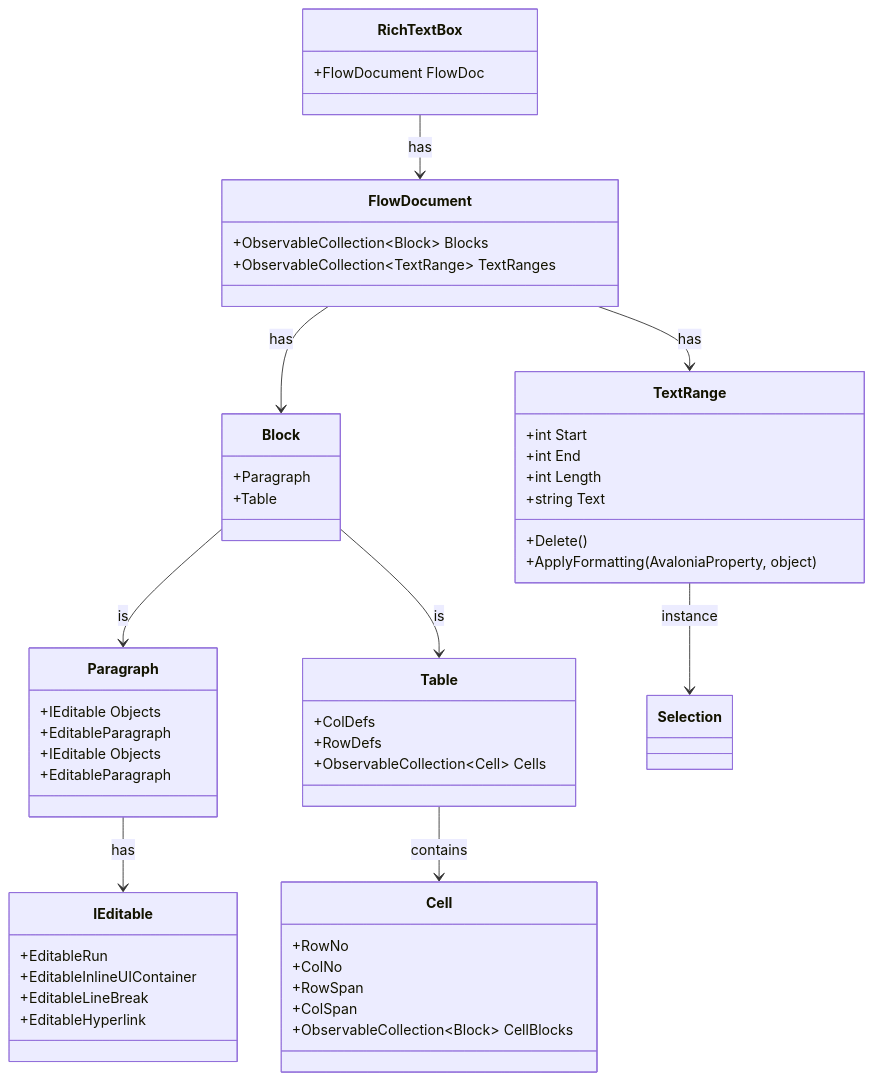
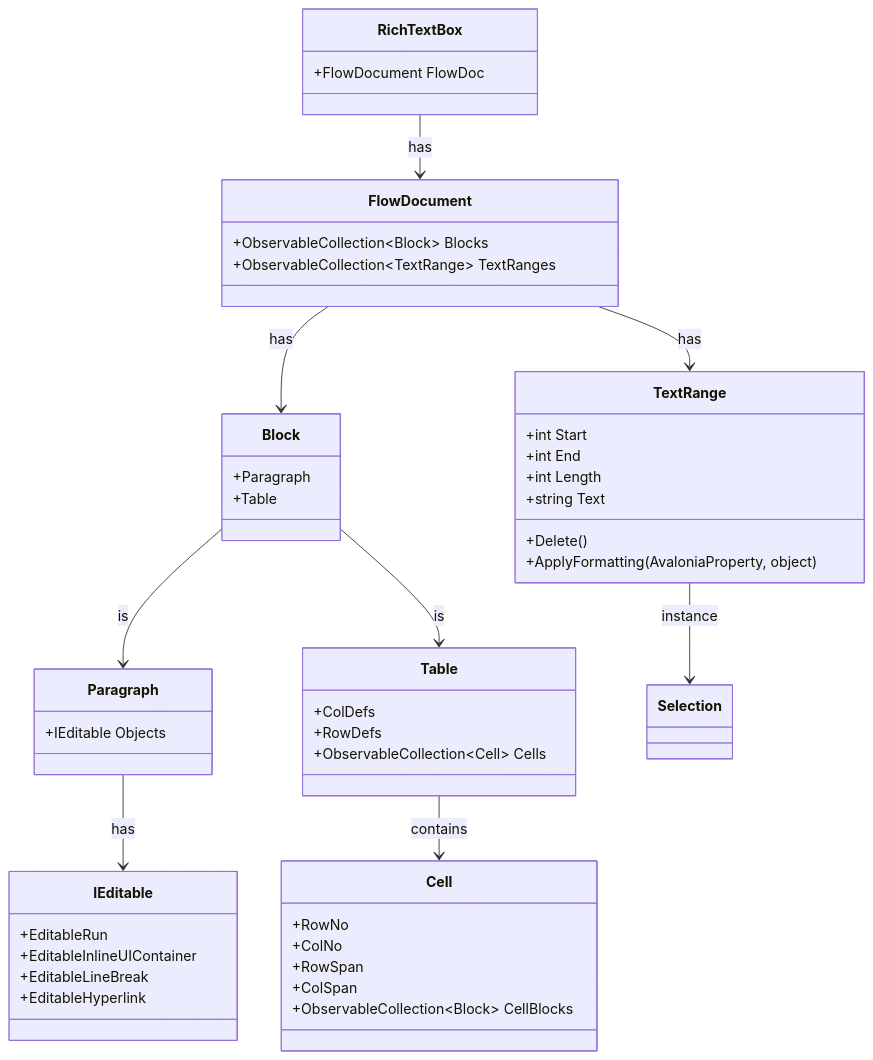
The diagram in README.md (cuikp/AvRichTextBox), drawn with Mermaid before and after one commit. The commit also changed other lines of this file and 1 other file, not shown here.

````diff
--- a/README.md
+++ b/README.md
@@ -18,63 +18,58 @@
 ```mermaid
 classDiagram
     class RichTextBox{
         +FlowDocument FlowDoc
     }
     class FlowDocument{
         +ObservableCollection~Block~ Blocks
         +ObservableCollection~TextRange~ TextRanges
     }
     class Block{
         +Paragraph
         +Table
     }
-    class Paragraph{
-        +IEditable Objects
-        +EditableParagraph
-    }
     
     class Paragraph{
         +IEditable Objects
-        +EditableParagraph
     }
     class IEditable{
         +EditableRun
         +EditableInlineUIContainer
         +EditableLineBreak
         +EditableHyperlink
     }
     class Selection{
     }
     class TextRange{
         +int Start
         +int End
         +int Length
         +Delete()
         +string Text
         +ApplyFormatting(AvaloniaProperty,  object)
     }
     class Table{
       +ColDefs
       +RowDefs
       +ObservableCollection~Cell~ Cells
     }
     class Cell{
       +RowNo
       +ColNo
       +RowSpan
       +ColSpan
       +ObservableCollection~Block~ CellBlocks
     }
 
     RichTextBox --> FlowDocument : has
     FlowDocument --> Block : has
     FlowDocument --> TextRange : has
     Block --> Paragraph : is
     Block --> Table : is
     Paragraph --> IEditable : has
     TextRange --> Selection : instance
     Table --> Cell : contains
     
     
 
 ```
````
